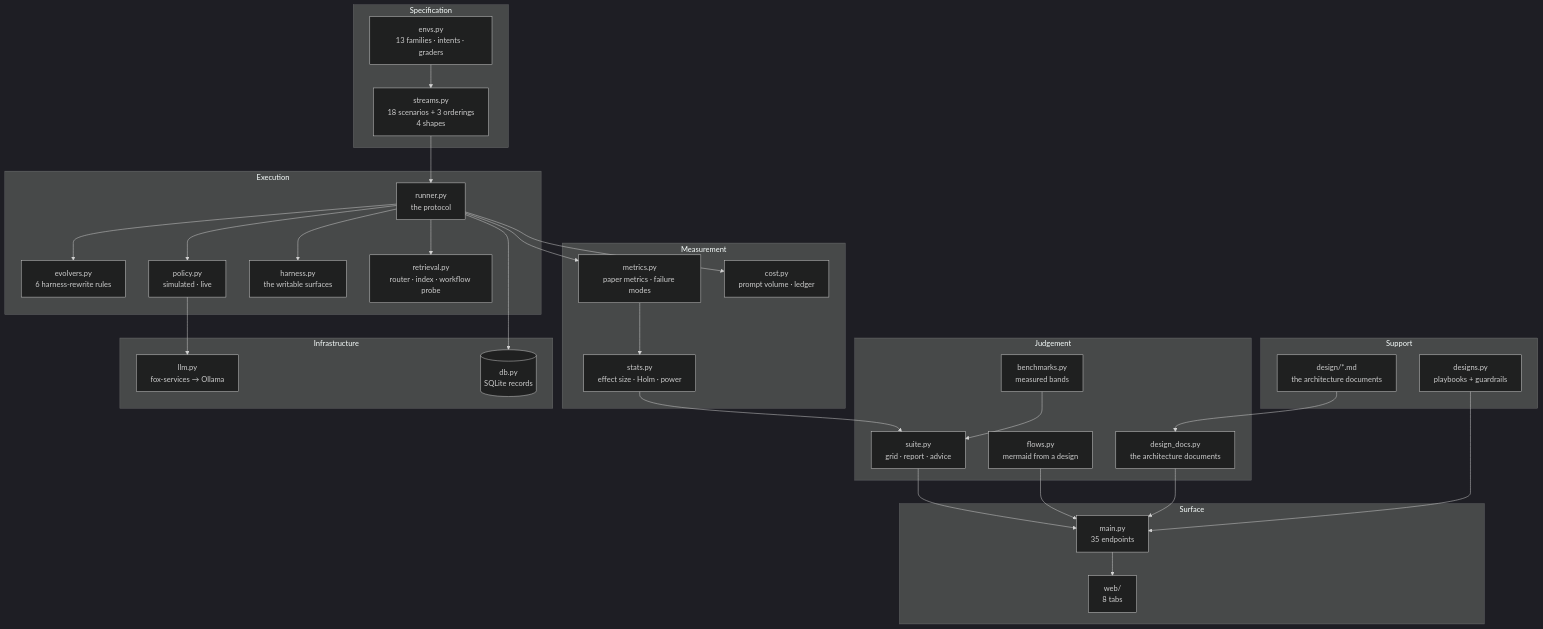
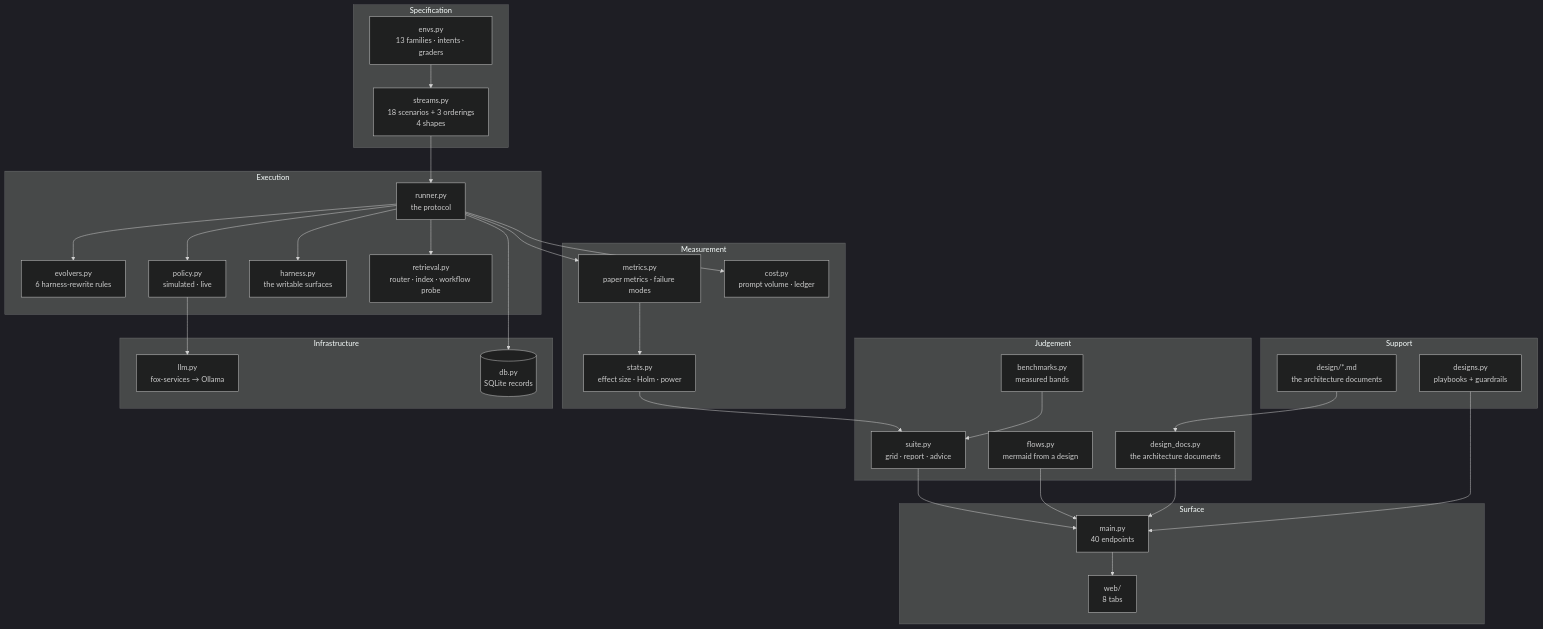
One commit to harishgovardhandamodar/self-learning-agents changed the first of 6 diagrams in design/05-evaluation-suite.md. Above: the diagram before and after it, drawn with Mermaid (dark theme). The commit also changed 14 other files, not shown here.

````diff
--- a/design/05-evaluation-suite.md
+++ b/design/05-evaluation-suite.md
@@ -9,63 +9,63 @@
 ```mermaid
 flowchart TB
   subgraph SPEC["Specification"]
     ENVS["envs.py<br/>13 families · intents · graders"]
     STREAMS["streams.py<br/>18 scenarios + 3 orderings<br/>4 shapes"]
   end
 
   subgraph EXEC["Execution"]
     RUNNER["runner.py<br/>the protocol"]
     EVOLVERS["evolvers.py<br/>6 harness-rewrite rules"]
     POLICIES["policy.py<br/>simulated · live"]
     HARNESS["harness.py<br/>the writable surfaces"]
     RETRIEVAL["retrieval.py<br/>router · index · workflow probe"]
   end
 
   subgraph MEASURE["Measurement"]
     METRICS["metrics.py<br/>paper metrics · failure modes"]
     STATS["stats.py<br/>effect size · Holm · power"]
     COST["cost.py<br/>prompt volume · ledger"]
   end
 
   subgraph JUDGE["Judgement"]
     BENCH["benchmarks.py<br/>measured bands"]
     SUITE["suite.py<br/>grid · report · advice"]
     FLOWS["flows.py<br/>mermaid from a design"]
     DESIGNDOCS["design_docs.py<br/>the architecture documents"]
   end
 
   subgraph SUPPORT["Support"]
     DESIGNS["designs.py<br/>playbooks + guardrails"]
     DOCS["design/*.md<br/>the architecture documents"]
   end
 
   subgraph SURFACE["Surface"]
-    API["main.py<br/>35 endpoints"]
+    API["main.py<br/>40 endpoints"]
     WEB["web/<br/>8 tabs"]
   end
 
   subgraph INFRA["Infrastructure"]
     LLM["llm.py<br/>fox-services → Ollama"]
     DB[("db.py<br/>SQLite records")]
   end
 
   ENVS --> STREAMS
   STREAMS --> RUNNER
   RUNNER --> EVOLVERS
   RUNNER --> POLICIES
   RUNNER --> HARNESS
   RUNNER --> RETRIEVAL
   RUNNER --> METRICS
   RUNNER --> COST
   METRICS --> STATS
   STATS --> SUITE
   BENCH --> SUITE
   SUITE --> API
   FLOWS --> API
   API --> WEB
   RUNNER --> DB
   POLICIES --> LLM
   DOCS --> DESIGNDOCS
   DESIGNDOCS --> API
   DESIGNS --> API
 ```
````
